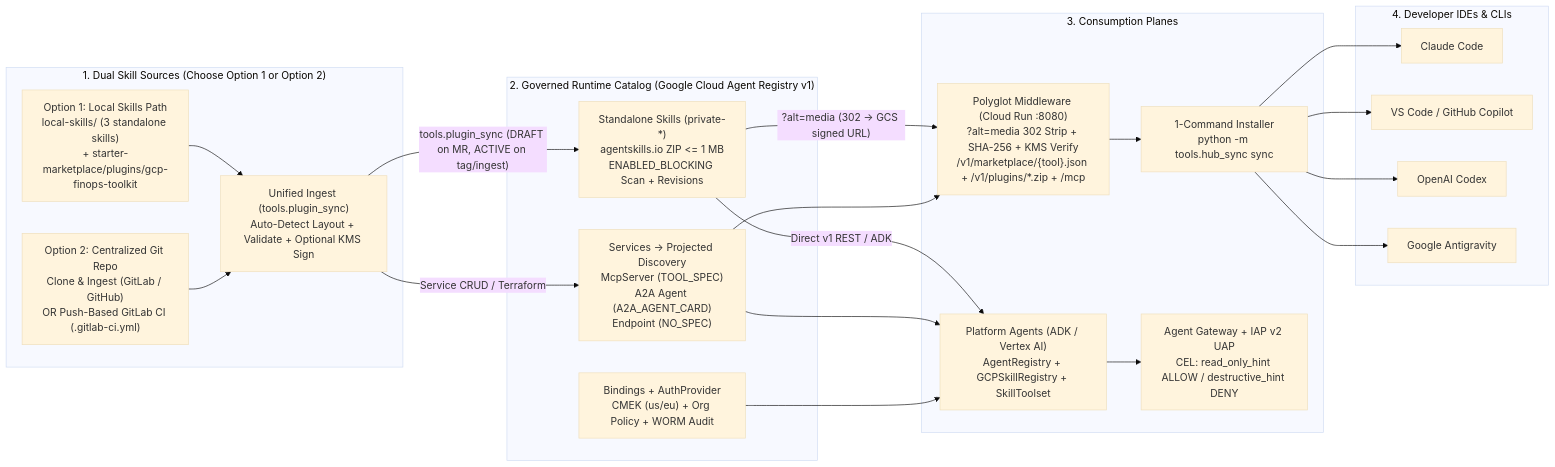
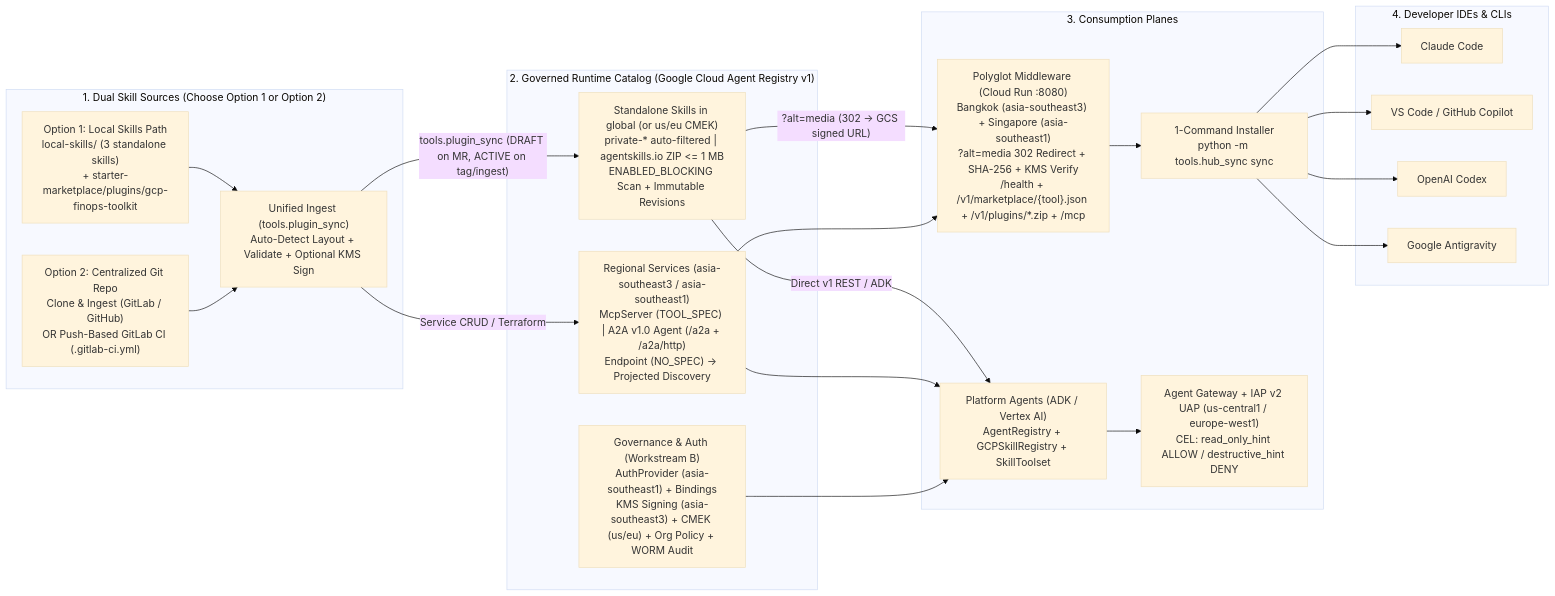
The diagram in README.md (jiratouchmhp/agent-registry-marketplace-workshop), drawn with Mermaid (base theme) before and after one commit. The commit also changed other lines of this file and 93 other files, not shown here.

Commit message:
Support Bangkok primary / Singapore secondary deployment, zero-Docker Cloud Build lifecycle, and live GCP validation fixes

````diff
--- a/README.md
+++ b/README.md
@@ -32,41 +33,41 @@
 ```mermaid
 flowchart LR
     subgraph Authoring["1. Dual Skill Sources (Choose Option 1 or Option 2)"]
         OPT1["Option 1: Local Skills Path<br/>local-skills/ (3 standalone skills)<br/>+ starter-marketplace/plugins/gcp-finops-toolkit"]
         OPT2["Option 2: Centralized Git Repo<br/>Clone & Ingest (GitLab / GitHub)<br/>OR Push-Based GitLab CI (.gitlab-ci.yml)"]
         ING["Unified Ingest (tools.plugin_sync)<br/>Auto-Detect Layout + Validate + Optional KMS Sign"]
         OPT1 --> ING
         OPT2 --> ING
     end
 
     subgraph Registry["2. Governed Runtime Catalog (Google Cloud Agent Registry v1)"]
-        SK["Standalone Skills (private-*)<br/>agentskills.io ZIP <= 1 MB<br/>ENABLED_BLOCKING Scan + Revisions"]
-        SV["Services -> Projected Discovery<br/>McpServer (TOOL_SPEC)<br/>A2A Agent (A2A_AGENT_CARD)<br/>Endpoint (NO_SPEC)"]
-        BD["Bindings + AuthProvider<br/>CMEK (us/eu) + Org Policy + WORM Audit"]
+        SK["Standalone Skills in global (or us/eu CMEK)<br/>private-* auto-filtered | agentskills.io ZIP <= 1 MB<br/>ENABLED_BLOCKING Scan + Immutable Revisions"]
+        SV["Regional Services (asia-southeast3 / asia-southeast1)<br/>McpServer (TOOL_SPEC) | A2A v1.0 Agent (/a2a + /a2a/http)<br/>Endpoint (NO_SPEC) -> Projected Discovery"]
+        BD["Governance & Auth (Workstream B)<br/>AuthProvider (asia-southeast1) + Bindings<br/>KMS Signing (asia-southeast3) + CMEK (us/eu) + Org Policy + WORM Audit"]
     end
 
     subgraph Egress["3. Consumption Planes"]
-        MW["Polyglot Middleware (Cloud Run :8080)<br/>?alt=media 302 Strip + SHA-256 + KMS Verify<br/>/v1/marketplace/{tool}.json + /v1/plugins/*.zip + /mcp"]
+        MW["Polyglot Middleware (Cloud Run :8080)<br/>Bangkok (asia-southeast3) + Singapore (asia-southeast1)<br/>?alt=media 302 Redirect + SHA-256 + KMS Verify<br/>/health + /v1/marketplace/{tool}.json + /v1/plugins/*.zip + /mcp"]
         HS["1-Command Installer<br/>python -m tools.hub_sync sync"]
         ADK["Platform Agents (ADK / Vertex AI)<br/>AgentRegistry + GCPSkillRegistry + SkillToolset"]
-        GW["Agent Gateway + IAP v2 UAP<br/>CEL: read_only_hint ALLOW / destructive_hint DENY"]
+        GW["Agent Gateway + IAP v2 UAP (us-central1 / europe-west1)<br/>CEL: read_only_hint ALLOW / destructive_hint DENY"]
     end
 
     subgraph IDEs["4. Developer IDEs & CLIs"]
         CC["Claude Code"]
         CP["VS Code / GitHub Copilot"]
         CX["OpenAI Codex"]
         AG["Google Antigravity"]
     end
 
     ING -->|"tools.plugin_sync (DRAFT on MR, ACTIVE on tag/ingest)"| SK
     ING -->|"Service CRUD / Terraform"| SV
     SK -->|"?alt=media (302 -> GCS signed URL)"| MW
     SV --> MW
     MW --> HS
     HS --> CC & CP & CX & AG
     SK -->|"Direct v1 REST / ADK"| ADK
     SV --> ADK
     BD --> ADK
     ADK --> GW
 ```
````
